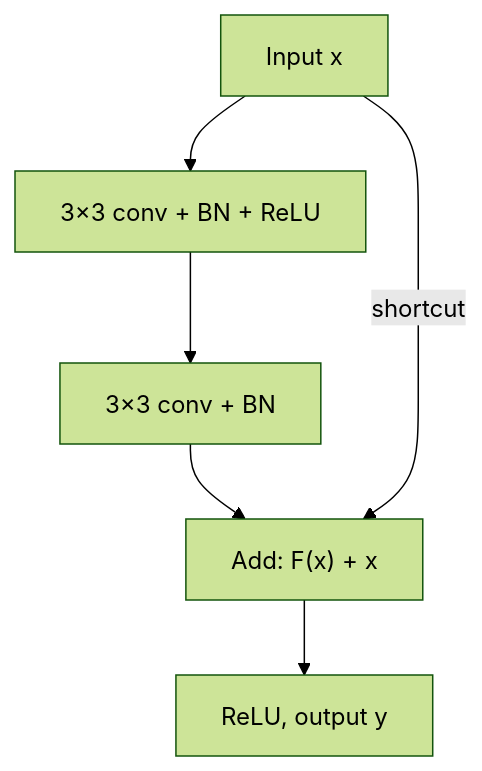
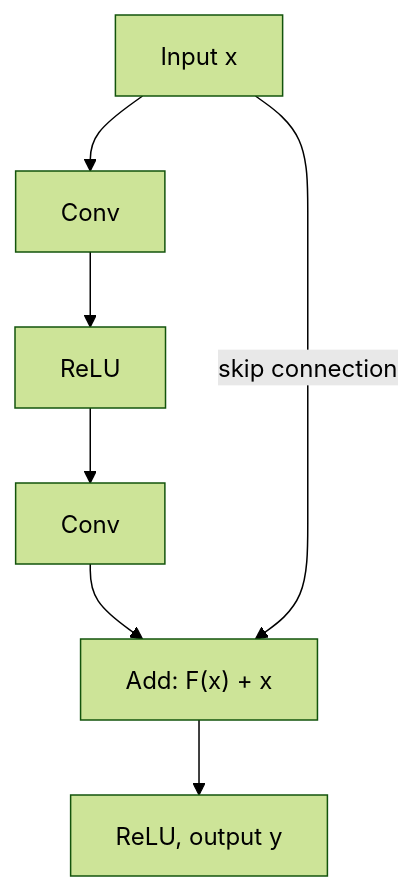
One commit to TrendySloth1001/sem-seven-notes changed the second of 2 diagrams in content/deep-learning/pyq/2025-05/q3a.hi.mdx. Above: the diagram before and after it, drawn with Mermaid (forest theme). The commit also changed other lines of this file and 186 other files, not shown here.

````diff
--- a/content/deep-learning/pyq/2025-05/q3a.hi.mdx
+++ b/content/deep-learning/pyq/2025-05/q3a.hi.mdx
@@ -43,9 +24,10 @@
 ```mermaid
-%% caption: Ek residual block. Shortcut x ko do layers ke around le jaata hai aur F(x) mein jodta hai.
+%% caption: ResNet ka residual block. Skip connection input ko convolutions ke output mein wapas jod deta hai.
 flowchart TD
-  X["Input x"] --> A["3×3 conv + BN + ReLU"]
-  A --> B["3×3 conv + BN"]
-  B --> C["Add: F(x) + x"]
-  X -- "shortcut" --> C
-  C --> D["ReLU, output y"]
+  X["Input x"] --> C1["Conv"]
+  C1 --> R["ReLU"]
+  R --> C2["Conv"]
+  C2 --> A["Add: F(x) + x"]
+  X -->|"skip connection"| A
+  A --> O["ReLU, output y"]
 ```
````
